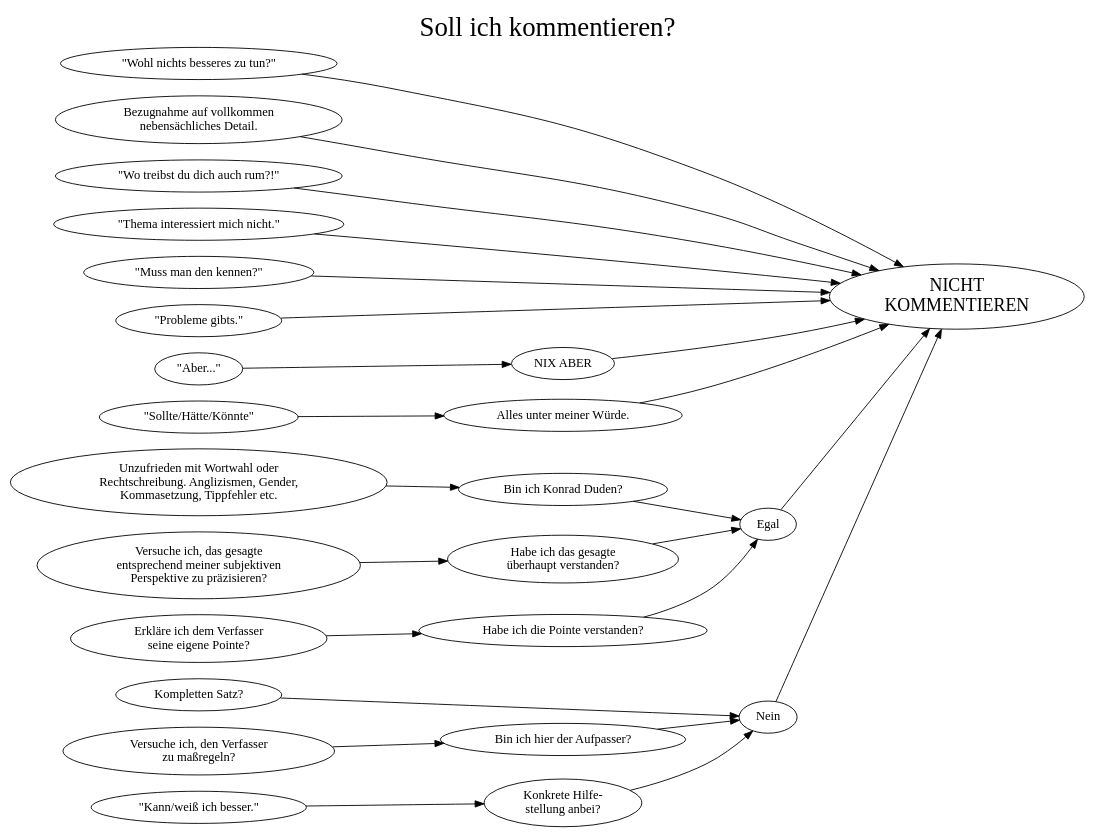
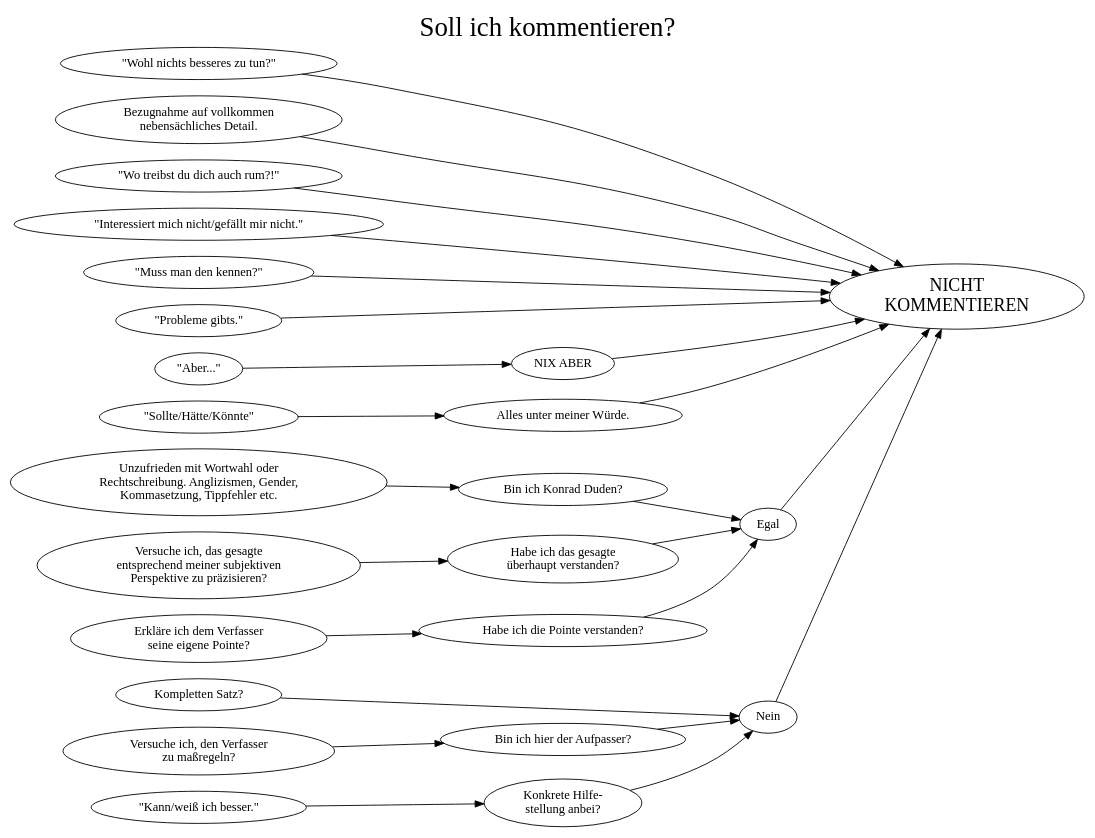
The diagram in kommentieren.dot (mschmitt/kommentieren), drawn with Graphviz before and after one commit.

Commit message:
Gefällt mir nicht.

```diff
--- a/kommentieren.dot
+++ b/kommentieren.dot
@@ -1,71 +1,71 @@
 digraph foo {
 	labelloc="t";
 	rankdir="LR";
 	label="Soll ich kommentieren?";
 	fontsize="30pt";
 
 	// Replies
 	{ rank = same;
 	r01 [label="Kompletten Satz?"];
 	r02 [label="Versuche ich, den Verfasser\nzu maßregeln?"];
 	r03 [label="\"Wohl nichts besseres zu tun?\""];
 	r04 [label="\"Kann/weiß ich besser.\""];
 	r05 [label="Erkläre ich dem Verfasser\nseine eigene Pointe?"];
 	r06 [label="\"Sollte/Hätte/Könnte\""];
 	r07 [label="Bezugnahme auf vollkommen\nnebensächliches Detail."];
 	r08 [label="\"Aber...\""];
 	r09 [label="\"Wo treibst du dich auch rum?!\""];
-	r10 [label="\"Thema interessiert mich nicht.\""];
+	r10 [label="\"Interessiert mich nicht/gefällt mir nicht.\""];
 	r11 [label="Versuche ich, das gesagte\nentsprechend meiner subjektiven\nPerspektive zu präzisieren?"];
 	r12 [label="\"Muss man den kennen?\""];
 	r13 [label="\"Probleme gibts.\""];
 	r14 [label="Unzufrieden mit Wortwahl oder\nRechtschreibung. Anglizismen, Gender,\nKommasetzung, Tippfehler etc."];
 	};
 
 	// Intermediate Step 1
 	{ rank = same;
 	i01 [label="Konkrete Hilfe-\nstellung anbei?"];
 	i02 [label="NIX ABER"];
 	i03 [label="Habe ich die Pointe verstanden?"];
 	i04 [label="Bin ich hier der Aufpasser?"];
 	i05 [label="Alles unter meiner Würde."];
 	i06 [label="Bin ich Konrad Duden?"];
 	i07 [label="Habe ich das gesagte\nüberhaupt verstanden?"];
 	};
 
 	// Intermediate Step 2
 	{ rank = same;
 	j02 [label="Nein"];
 	j03 [label="Egal"];
 	};
 
 	// Conclusions
 	{ rank = same;
 	cn [label="NICHT\nKOMMENTIEREN" fontsize=20];
 	};
 
 	// Relations
 	r01 -> j02;
 	r02 -> i04;
 	r03 -> cn;
 	r06 -> i05;
 	i05 -> cn;
 	r07 -> cn;
 	r04 -> i01;
 	r05 -> i03;
 	r11 -> i07;
 	i01 -> j02;
 	i04 -> j02;
 	i02 -> cn;
 	r09 -> cn;
 	i03 -> j03;
 	j03 -> cn;
 	r10 -> cn;
 	r08 -> i02;
 	j02 -> cn;
 	r12 -> cn;
 	r13 -> cn;
 	r14 -> i06;
 	i06 -> j03;
 	i07 -> j03;
 }
```
